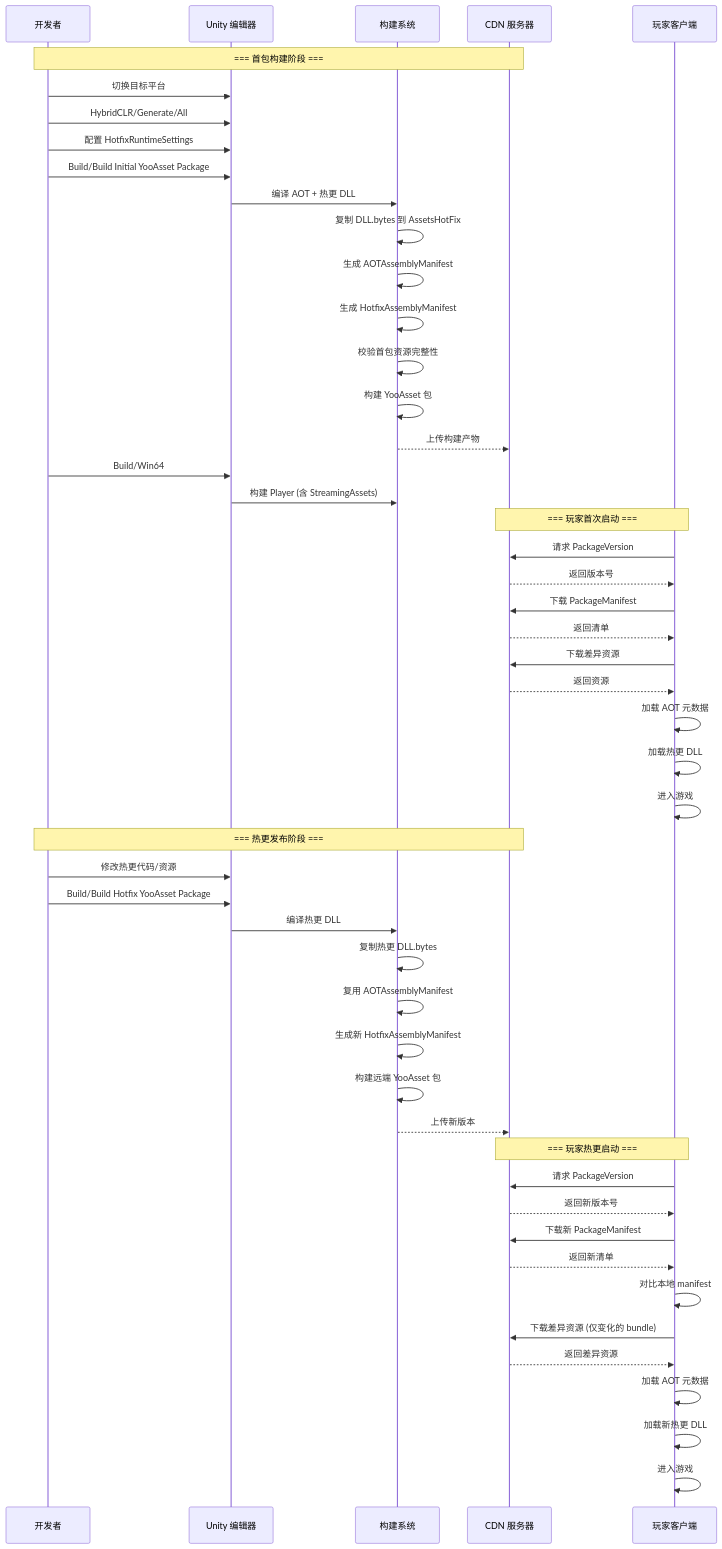
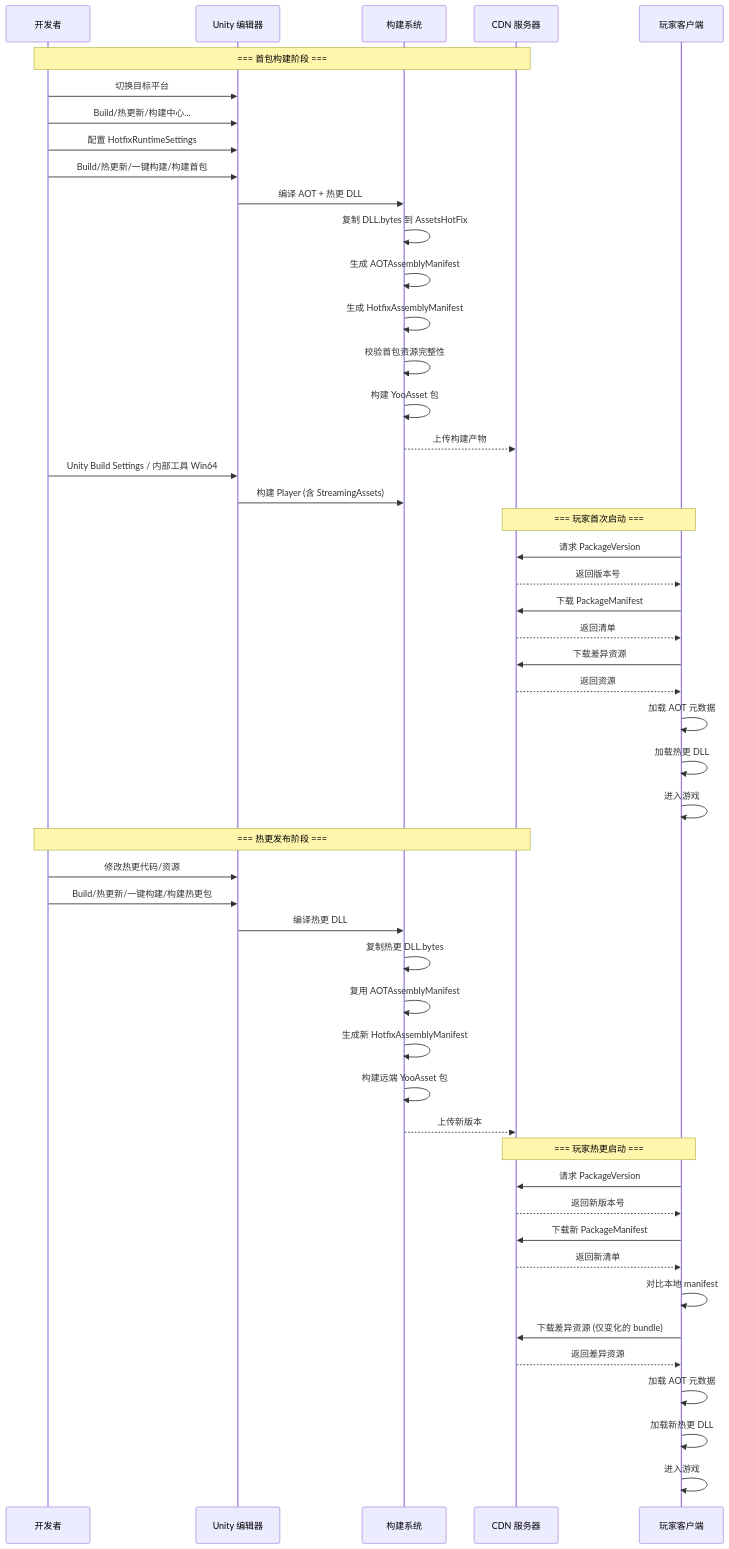
Before and after one commit to RyuRae/qframework-hotfix: the fifth of 5 diagrams in README.md, drawn with Mermaid. The commit also changed other lines of this file and 24 other files, not shown here.

````diff
--- a/README.md
+++ b/README.md
@@ -316,61 +325,61 @@
 ```mermaid
 sequenceDiagram
     participant Dev as 开发者
     participant Unity as Unity 编辑器
     participant Build as 构建系统
     participant CDN as CDN 服务器
     participant Player as 玩家客户端
 
     Note over Dev,CDN: === 首包构建阶段 ===
 
     Dev->>Unity: 切换目标平台
-    Dev->>Unity: HybridCLR/Generate/All
+    Dev->>Unity: Build/热更新/构建中心...
     Dev->>Unity: 配置 HotfixRuntimeSettings
-    Dev->>Unity: Build/Build Initial YooAsset Package
+    Dev->>Unity: Build/热更新/一键构建/构建首包
     Unity->>Build: 编译 AOT + 热更 DLL
     Build->>Build: 复制 DLL.bytes 到 AssetsHotFix
     Build->>Build: 生成 AOTAssemblyManifest
     Build->>Build: 生成 HotfixAssemblyManifest
     Build->>Build: 校验首包资源完整性
     Build->>Build: 构建 YooAsset 包
     Build-->>CDN: 上传构建产物
 
-    Dev->>Unity: Build/Win64
+    Dev->>Unity: Unity Build Settings / 内部工具 Win64
     Unity->>Build: 构建 Player (含 StreamingAssets)
 
     Note over Player,CDN: === 玩家首次启动 ===
 
     Player->>CDN: 请求 PackageVersion
     CDN-->>Player: 返回版本号
     Player->>CDN: 下载 PackageManifest
     CDN-->>Player: 返回清单
     Player->>CDN: 下载差异资源
     CDN-->>Player: 返回资源
     Player->>Player: 加载 AOT 元数据
     Player->>Player: 加载热更 DLL
     Player->>Player: 进入游戏
 
     Note over Dev,CDN: === 热更发布阶段 ===
 
     Dev->>Unity: 修改热更代码/资源
-    Dev->>Unity: Build/Build Hotfix YooAsset Package
+    Dev->>Unity: Build/热更新/一键构建/构建热更包
     Unity->>Build: 编译热更 DLL
     Build->>Build: 复制热更 DLL.bytes
     Build->>Build: 复用 AOTAssemblyManifest
     Build->>Build: 生成新 HotfixAssemblyManifest
     Build->>Build: 构建远端 YooAsset 包
     Build-->>CDN: 上传新版本
 
     Note over Player,CDN: === 玩家热更启动 ===
 
     Player->>CDN: 请求 PackageVersion
     CDN-->>Player: 返回新版本号
     Player->>CDN: 下载新 PackageManifest
     CDN-->>Player: 返回新清单
     Player->>Player: 对比本地 manifest
     Player->>CDN: 下载差异资源 (仅变化的 bundle)
     CDN-->>Player: 返回差异资源
     Player->>Player: 加载 AOT 元数据
     Player->>Player: 加载新热更 DLL
     Player->>Player: 进入游戏
 ```
````
